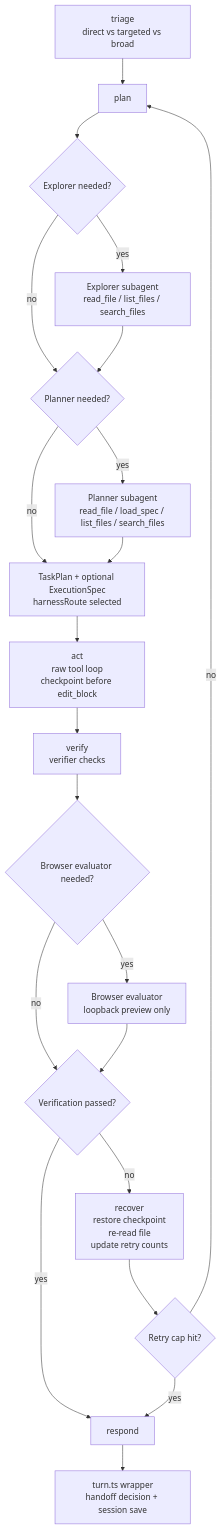
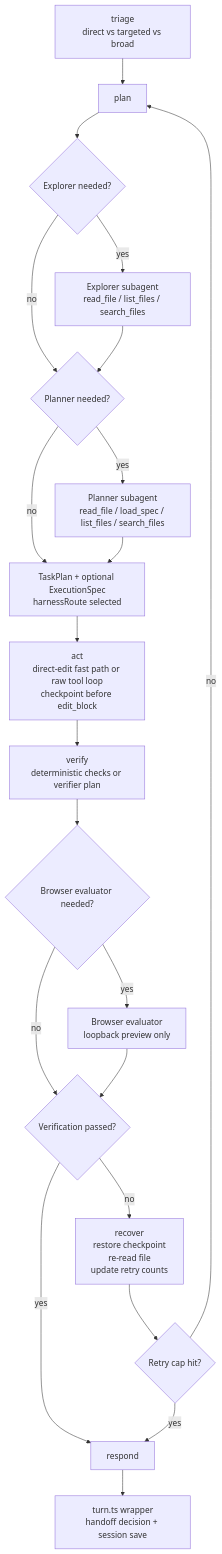
One commit to thisisyoussef/shipyard changed the third of 4 diagrams in shipyard/docs/architecture/README.md. Above: the diagram before and after it, drawn with Mermaid. The commit also changed other lines of this file and 20 other files, not shown here.

First line of the commit message:
feat(runtime): add direct-edit fast path

````diff
--- a/shipyard/docs/architecture/README.md
+++ b/shipyard/docs/architecture/README.md
@@ -108,40 +108,40 @@
 ```mermaid
 flowchart TD
   TriageNode["triage<br/>direct vs targeted vs broad"]
   PlanNode["plan"]
   NeedExplorer{"Explorer needed?"}
   Explorer["Explorer subagent<br/>read_file / list_files / search_files"]
   NeedPlanner{"Planner needed?"}
   Planner["Planner subagent<br/>read_file / load_spec / list_files / search_files"]
   PlanArtifacts["TaskPlan + optional ExecutionSpec<br/>harnessRoute selected"]
-  ActNode["act<br/>raw tool loop<br/>checkpoint before edit_block"]
-  VerifyNode["verify<br/>verifier checks"]
+  ActNode["act<br/>direct-edit fast path or raw tool loop<br/>checkpoint before edit_block"]
+  VerifyNode["verify<br/>deterministic checks or verifier plan"]
   NeedBrowser{"Browser evaluator needed?"}
   BrowserEval["Browser evaluator<br/>loopback preview only"]
   Passed{"Verification passed?"}
   RecoverNode["recover<br/>restore checkpoint<br/>re-read file<br/>update retry counts"]
   RetryCap{"Retry cap hit?"}
   RespondNode["respond"]
   TurnWrapper["turn.ts wrapper<br/>handoff decision + session save"]
 
   TriageNode --> PlanNode
   PlanNode --> NeedExplorer
   NeedExplorer -- yes --> Explorer
   NeedExplorer -- no --> NeedPlanner
   Explorer --> NeedPlanner
   NeedPlanner -- yes --> Planner
   NeedPlanner -- no --> PlanArtifacts
   Planner --> PlanArtifacts
   PlanArtifacts --> ActNode
   ActNode --> VerifyNode
   VerifyNode --> NeedBrowser
   NeedBrowser -- yes --> BrowserEval
   NeedBrowser -- no --> Passed
   BrowserEval --> Passed
   Passed -- yes --> RespondNode
   Passed -- no --> RecoverNode
   RecoverNode --> RetryCap
   RetryCap -- no --> PlanNode
   RetryCap -- yes --> RespondNode
   RespondNode --> TurnWrapper
 ```
````
